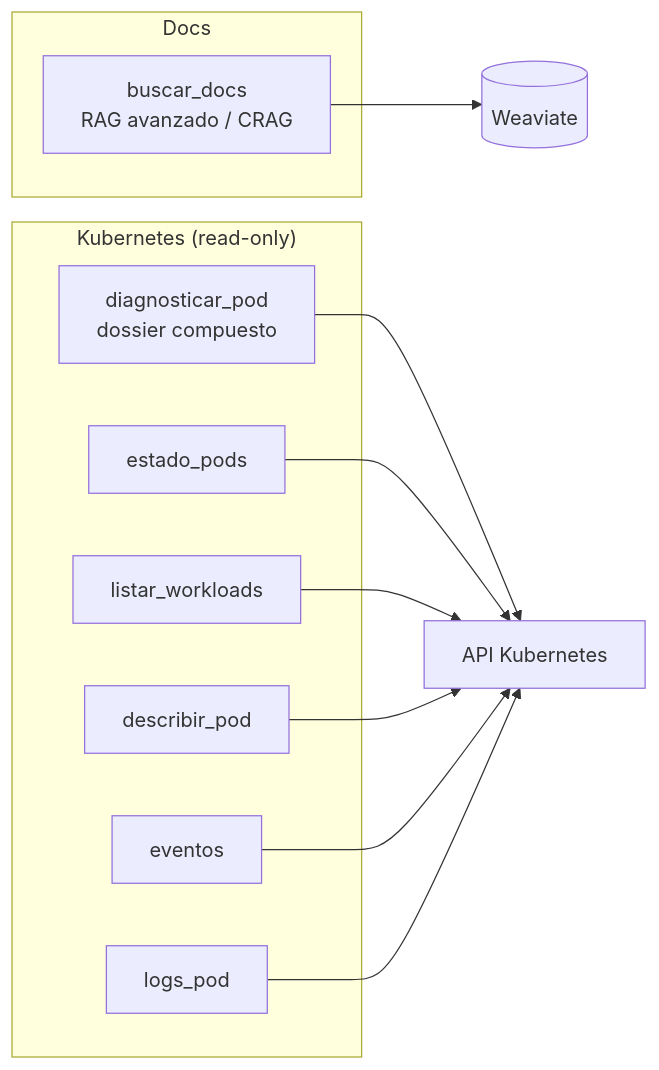
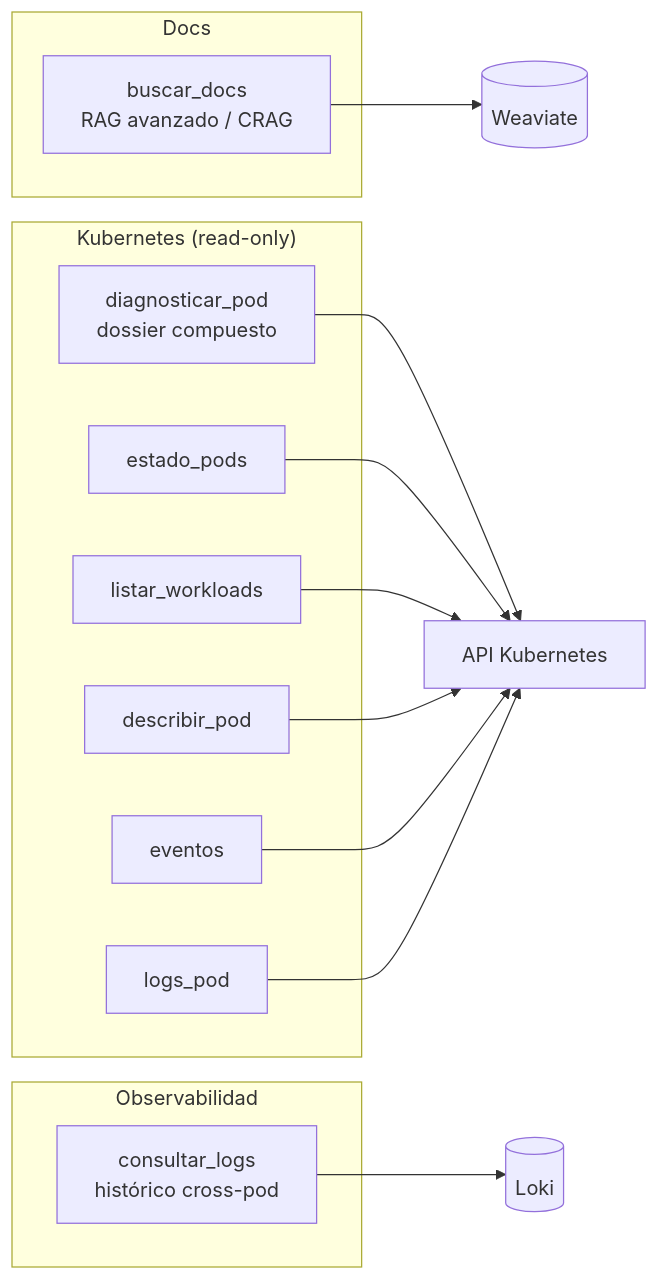
One commit to mikel0ne/ai-platform-portfolio changed the first of 2 diagrams in autoops/docs/arquitectura/03-tools-mcp.md. Above: the diagram before and after it, drawn with Mermaid. The commit also changed other lines of this file and 11 other files, not shown here.

Commit message:
feat(autoops): loki-backed log query tool for cross-pod history

````diff
--- a/autoops/docs/arquitectura/03-tools-mcp.md
+++ b/autoops/docs/arquitectura/03-tools-mcp.md
@@ -10,16 +10,20 @@
 ```mermaid
 flowchart LR
     subgraph Docs
         BD[buscar_docs<br/>RAG avanzado / CRAG]
     end
     subgraph Kubernetes["Kubernetes (read-only)"]
         DP[diagnosticar_pod<br/>dossier compuesto]
         EP[estado_pods]
         LW[listar_workloads]
         DE[describir_pod]
         EV[eventos]
         LP[logs_pod]
     end
+    subgraph Observabilidad
+        CL[consultar_logs<br/>histórico cross-pod]
+    end
     BD --> WV[(Weaviate)]
     DP & EP & LW & DE & EV & LP --> K[API Kubernetes]
+    CL --> LK[(Loki)]
 ```
````
